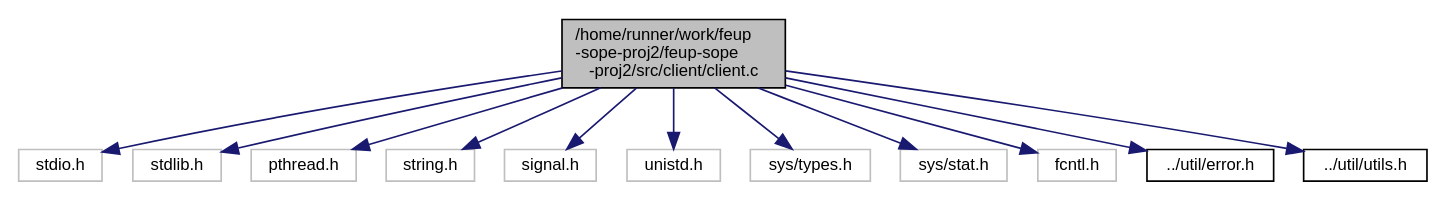
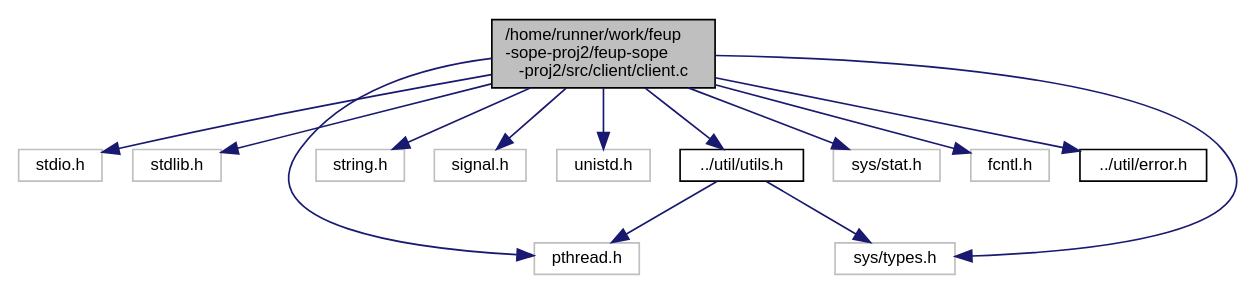
One commit to ctrlMarcio/feup-sope-proj2 changed the diagram in client_8c__incl.dot. Above: the diagram before and after it, drawn with Graphviz. The commit also changed 53 other files, not shown here.

```diff
--- a/client_8c__incl.dot
+++ b/client_8c__incl.dot
@@ -1,28 +1,30 @@
 digraph "/home/runner/work/feup-sope-proj2/feup-sope-proj2/src/client/client.c"
 {
   edge [fontname="Helvetica",fontsize="10",labelfontname="Helvetica",labelfontsize="10"];
   node [fontname="Helvetica",fontsize="10",shape=record];
   Node0 [label="/home/runner/work/feup\l-sope-proj2/feup-sope\l-proj2/src/client/client.c",height=0.2,width=0.4,color="black", fillcolor="grey75", style="filled", fontcolor="black"];
   Node0 -> Node1 [color="midnightblue",fontsize="10",style="solid",fontname="Helvetica"];
   Node1 [label="stdio.h",height=0.2,width=0.4,color="grey75", fillcolor="white", style="filled"];
   Node0 -> Node2 [color="midnightblue",fontsize="10",style="solid",fontname="Helvetica"];
   Node2 [label="stdlib.h",height=0.2,width=0.4,color="grey75", fillcolor="white", style="filled"];
   Node0 -> Node3 [color="midnightblue",fontsize="10",style="solid",fontname="Helvetica"];
   Node3 [label="pthread.h",height=0.2,width=0.4,color="grey75", fillcolor="white", style="filled"];
   Node0 -> Node4 [color="midnightblue",fontsize="10",style="solid",fontname="Helvetica"];
   Node4 [label="string.h",height=0.2,width=0.4,color="grey75", fillcolor="white", style="filled"];
   Node0 -> Node5 [color="midnightblue",fontsize="10",style="solid",fontname="Helvetica"];
   Node5 [label="signal.h",height=0.2,width=0.4,color="grey75", fillcolor="white", style="filled"];
   Node0 -> Node6 [color="midnightblue",fontsize="10",style="solid",fontname="Helvetica"];
   Node6 [label="unistd.h",height=0.2,width=0.4,color="grey75", fillcolor="white", style="filled"];
   Node0 -> Node7 [color="midnightblue",fontsize="10",style="solid",fontname="Helvetica"];
   Node7 [label="sys/types.h",height=0.2,width=0.4,color="grey75", fillcolor="white", style="filled"];
   Node0 -> Node8 [color="midnightblue",fontsize="10",style="solid",fontname="Helvetica"];
   Node8 [label="sys/stat.h",height=0.2,width=0.4,color="grey75", fillcolor="white", style="filled"];
   Node0 -> Node9 [color="midnightblue",fontsize="10",style="solid",fontname="Helvetica"];
   Node9 [label="fcntl.h",height=0.2,width=0.4,color="grey75", fillcolor="white", style="filled"];
   Node0 -> Node10 [color="midnightblue",fontsize="10",style="solid",fontname="Helvetica"];
   Node10 [label="../util/error.h",height=0.2,width=0.4,color="black", fillcolor="white", style="filled",URL="$error_8h.html",tooltip="Defines the possible errors. "];
   Node0 -> Node11 [color="midnightblue",fontsize="10",style="solid",fontname="Helvetica"];
   Node11 [label="../util/utils.h",height=0.2,width=0.4,color="black", fillcolor="white", style="filled",URL="$utils_8h_source.html"];
+  Node11 -> Node7 [color="midnightblue",fontsize="10",style="solid",fontname="Helvetica"];
+  Node11 -> Node3 [color="midnightblue",fontsize="10",style="solid",fontname="Helvetica"];
 }
```
